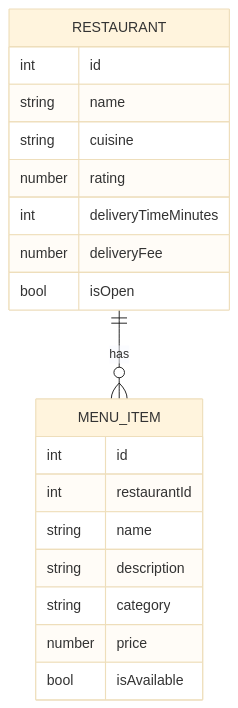
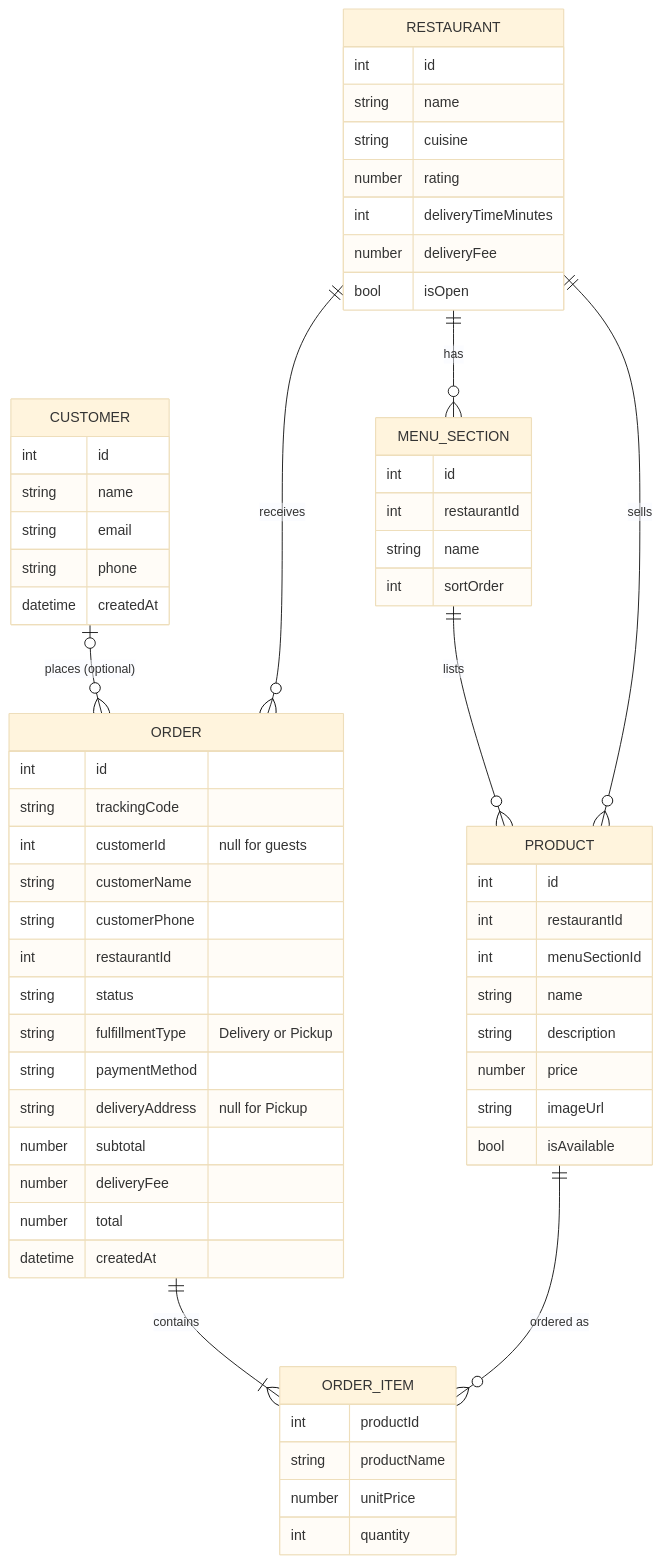
Before and after one commit to ederoliv/goeat: the diagram in docs/api-contract.md, drawn with Mermaid (base theme). The commit also changed other lines of this file and 35 other files, not shown here.

````diff
--- a/docs/api-contract.md
+++ b/docs/api-contract.md
@@ -163,22 +571,64 @@
 ```mermaid
 erDiagram
-    RESTAURANT ||--o{ MENU_ITEM : "has"
+    RESTAURANT ||--o{ MENU_SECTION : "has"
+    MENU_SECTION ||--o{ PRODUCT : "lists"
+    RESTAURANT ||--o{ PRODUCT : "sells"
+    CUSTOMER |o--o{ ORDER : "places (optional)"
+    RESTAURANT ||--o{ ORDER : "receives"
+    ORDER ||--|{ ORDER_ITEM : "contains"
+    PRODUCT ||--o{ ORDER_ITEM : "ordered as"
     RESTAURANT {
         int id
         string name
         string cuisine
         number rating
         int deliveryTimeMinutes
         number deliveryFee
         bool isOpen
     }
-    MENU_ITEM {
+    MENU_SECTION {
         int id
         int restaurantId
         string name
+        int sortOrder
+    }
+    PRODUCT {
+        int id
+        int restaurantId
+        int menuSectionId
+        string name
         string description
-        string category
         number price
+        string imageUrl
         bool isAvailable
     }
+    CUSTOMER {
+        int id
+        string name
+        string email
+        string phone
+        datetime createdAt
+    }
+    ORDER {
+        int id
+        string trackingCode
+        int customerId "null for guests"
+        string customerName
+        string customerPhone
+        int restaurantId
+        string status
+        string fulfillmentType "Delivery or Pickup"
+        string paymentMethod
+        string deliveryAddress "null for Pickup"
+        number subtotal
+        number deliveryFee
+        number total
+        datetime createdAt
+    }
+    ORDER_ITEM {
+        int productId
+        string productName
+        number unitPrice
+        int quantity
+    }
 ```
````
